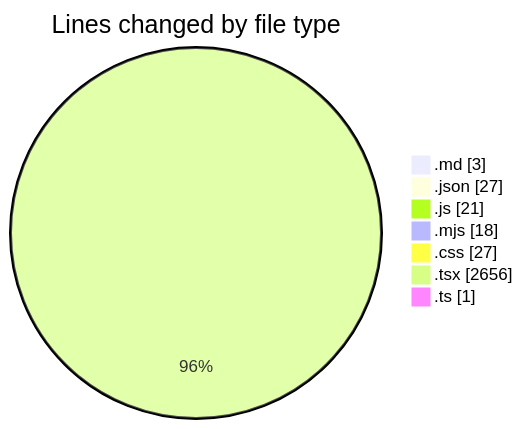
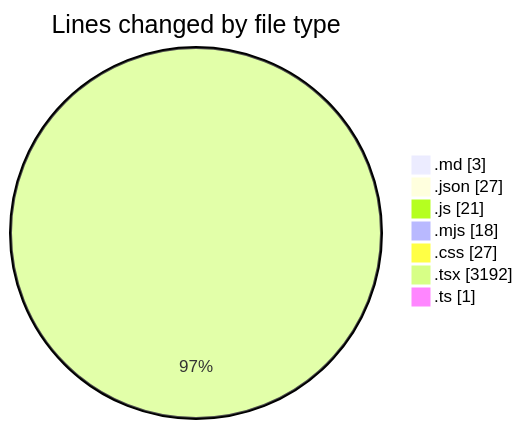
Before and after one commit to Ritupan-Deka/code-tracking: the first of 2 diagrams in 2025-06-18/scopesketch-app/README.md, drawn with Mermaid. The commit also changed other lines of this file and 1 other file, not shown here.

````diff
--- a/2025-06-18/scopesketch-app/README.md
+++ b/2025-06-18/scopesketch-app/README.md
@@ -27,11 +27,11 @@
 ```mermaid
 pie showData
 title Lines changed by file type
 ".md" : 3
 ".json" : 27
 ".js" : 21
 ".mjs" : 18
 ".css" : 27
-".tsx" : 2656
+".tsx" : 3192
 ".ts" : 1
 ```
````
